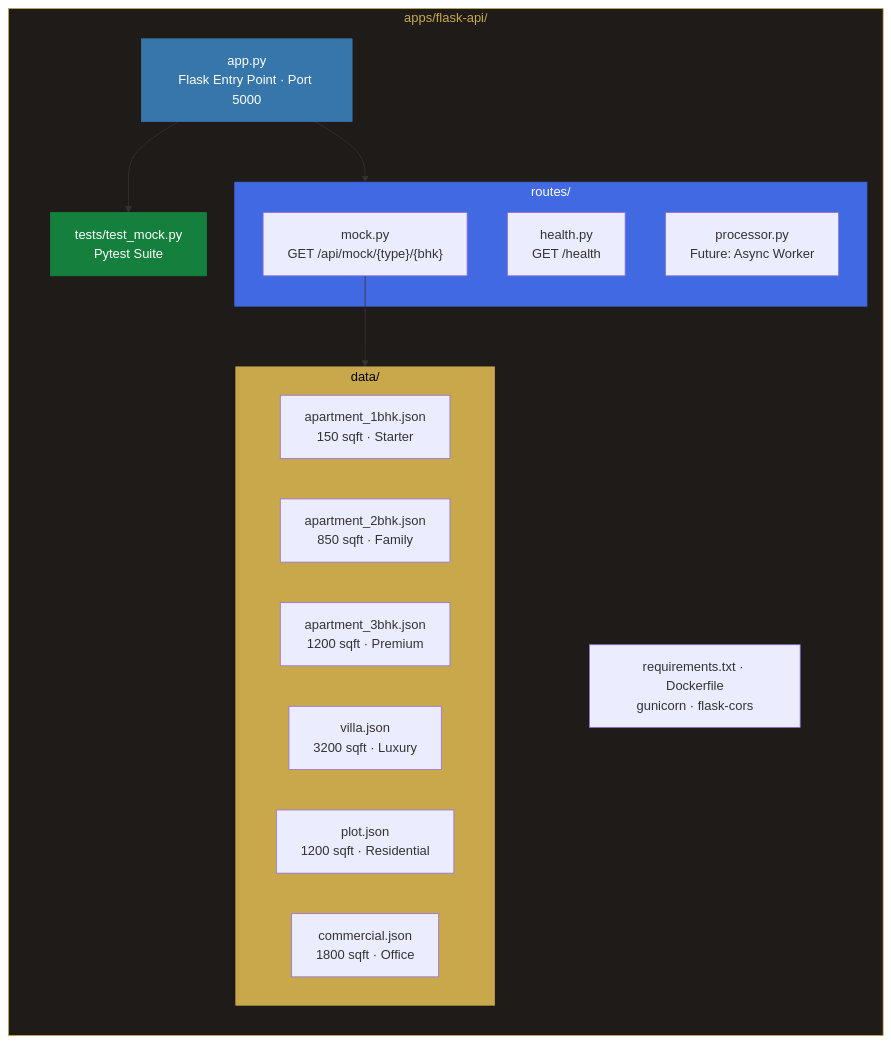
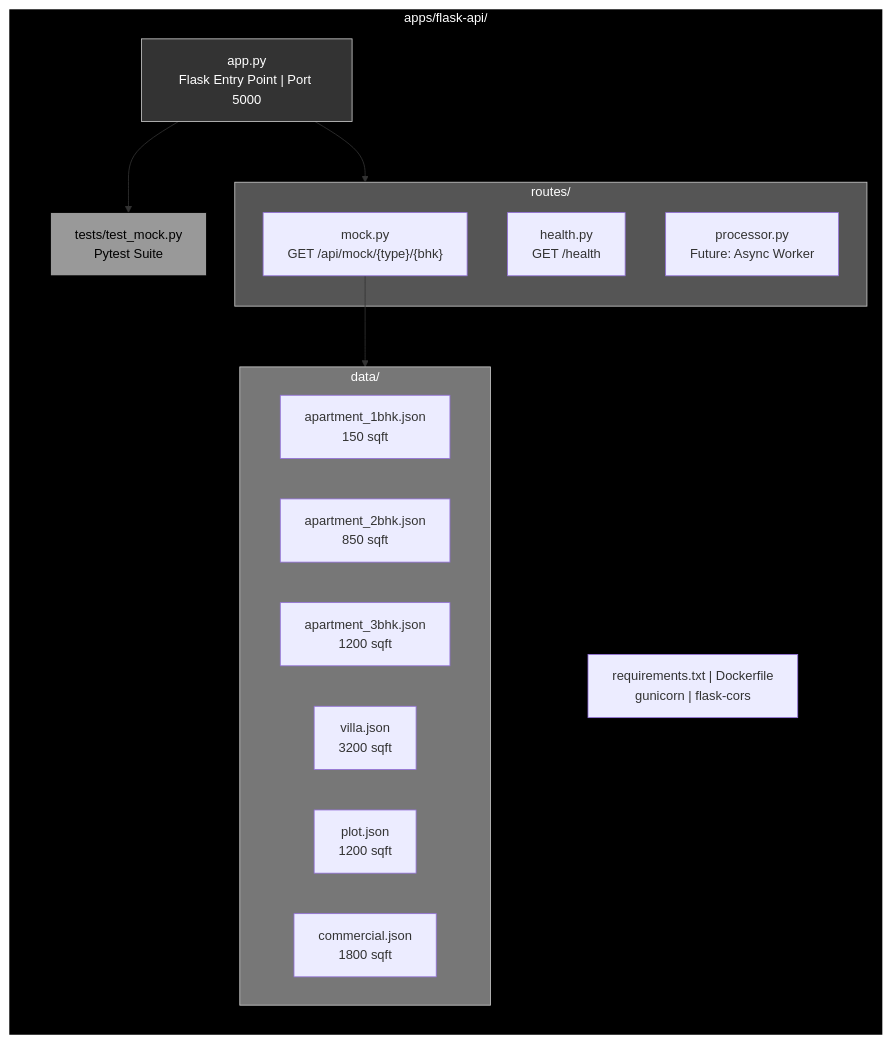
The sixth of 16 diagrams in README.md (DeadCoder-N/Soryvanta), drawn with Mermaid before and after one commit. The commit also changed other lines of this file, not shown here.

````diff
--- a/README.md
+++ b/README.md
@@ -623,35 +623,35 @@
 ```mermaid
 flowchart LR
     subgraph FLASK_APP["apps/flask-api/"]
         direction TB
-        ENTRY["app.py<br/>Flask Entry Point · Port 5000"]
-        CONFIG["requirements.txt · Dockerfile<br/>gunicorn · flask-cors"]
-        
+        ENTRY["app.py<br/>Flask Entry Point | Port 5000"]
+        CONFIG["requirements.txt | Dockerfile<br/>gunicorn | flask-cors"]
+
         subgraph ROUTES["routes/"]
             MOCK["mock.py<br/>GET /api/mock/{type}/{bhk}"]
             HEALTH["health.py<br/>GET /health"]
             PROCESSOR["processor.py<br/>Future: Async Worker"]
         end
-        
+
         subgraph DATA["data/"]
-            A1["apartment_1bhk.json<br/>150 sqft · Starter"]
-            A2["apartment_2bhk.json<br/>850 sqft · Family"]
-            A3["apartment_3bhk.json<br/>1200 sqft · Premium"]
-            V["villa.json<br/>3200 sqft · Luxury"]
-            P["plot.json<br/>1200 sqft · Residential"]
-            C["commercial.json<br/>1800 sqft · Office"]
+            A1["apartment_1bhk.json<br/>150 sqft"]
+            A2["apartment_2bhk.json<br/>850 sqft"]
+            A3["apartment_3bhk.json<br/>1200 sqft"]
+            V["villa.json<br/>3200 sqft"]
+            P["plot.json<br/>1200 sqft"]
+            C["commercial.json<br/>1800 sqft"]
         end
-        
+
         TESTS["tests/test_mock.py<br/>Pytest Suite"]
     end
 
     ENTRY --> ROUTES
     MOCK --> DATA
     ENTRY --> TESTS
 
-    style FLASK_APP fill:#1e1b18,color:#C9A84C,stroke:#C9A84C
-    style ENTRY fill:#3776AB,color:#fff,stroke:#3776AB
-    style ROUTES fill:#4169E1,color:#fff,stroke:#4169E1
-    style DATA fill:#C9A84C,color:#000,stroke:#C9A84C
-    style TESTS fill:#15803D,color:#fff,stroke:#15803D
+    style FLASK_APP fill:#000,color:#fff,stroke:#fff,stroke-width:2px
+    style ENTRY fill:#333,color:#fff,stroke:#ccc
+    style ROUTES fill:#555,color:#fff,stroke:#ccc
+    style DATA fill:#777,color:#fff,stroke:#ccc
+    style TESTS fill:#999,color:#000,stroke:#000
 ```
````
